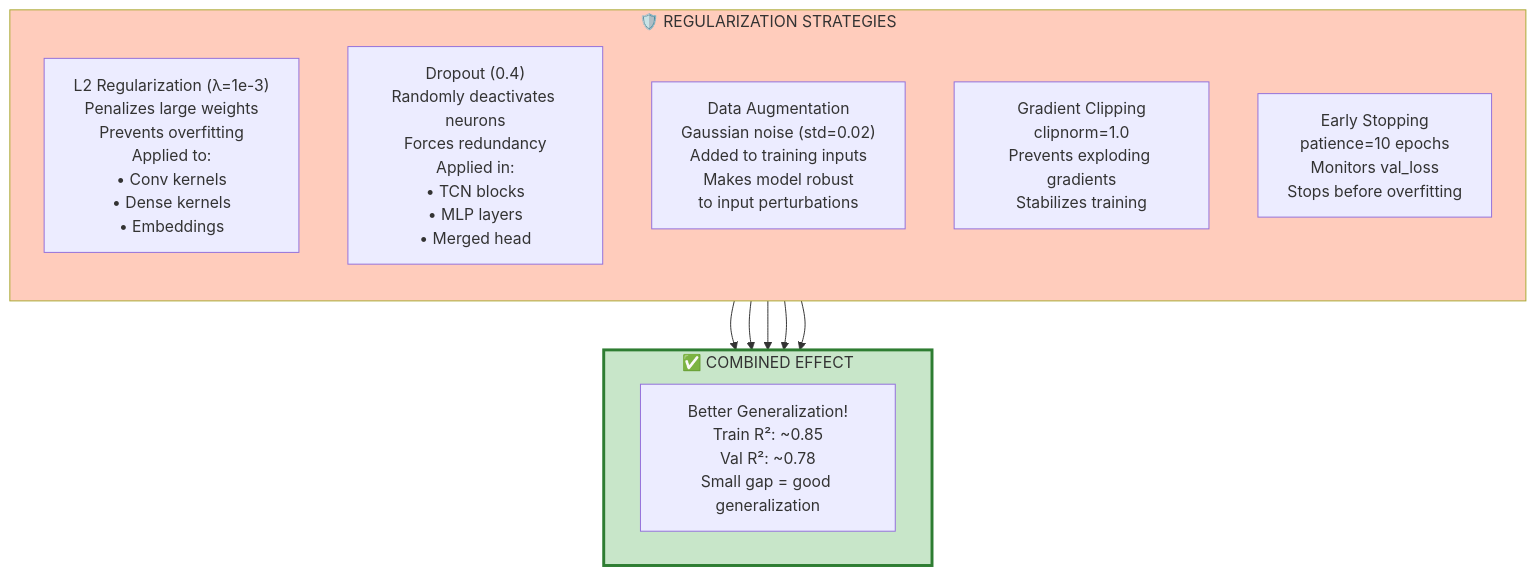
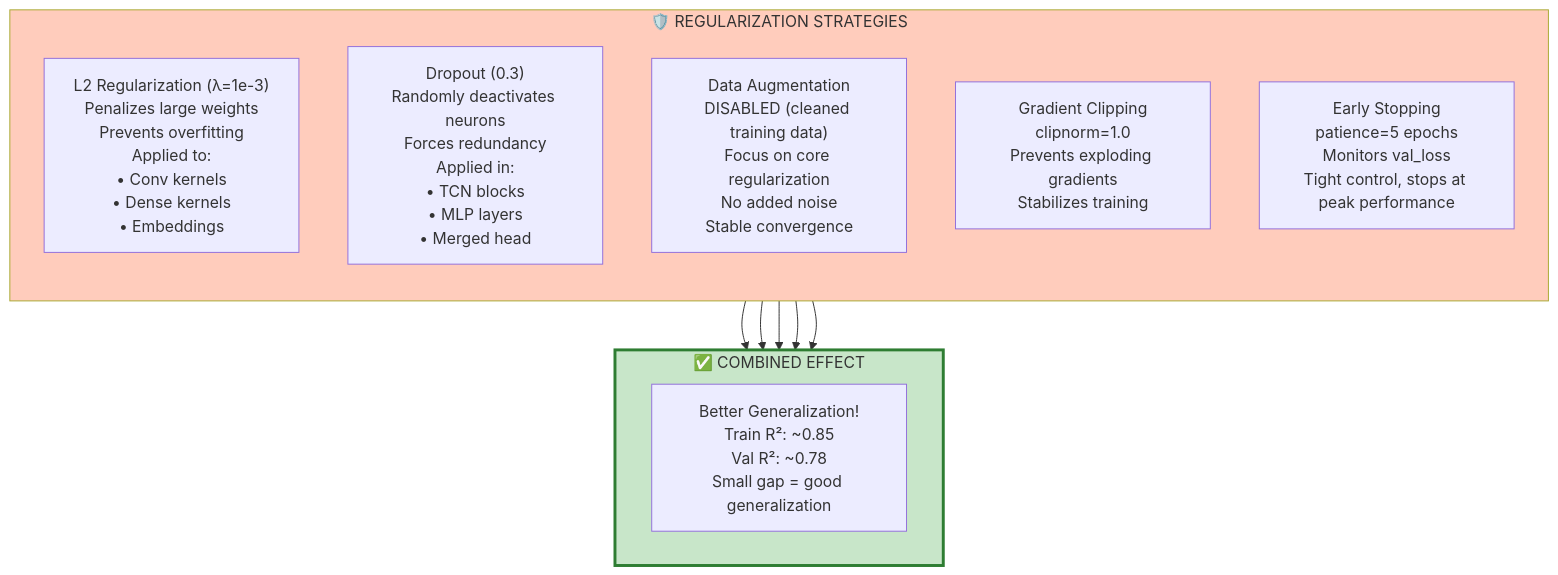
Before and after one commit to David-Ibitokun/Final-Year-Project: the eighth of 10 diagrams in docs/TCN_MLP_Diagram.md, drawn with Mermaid. The commit also changed other lines of this file and 4 other files, not shown here.

First line of the commit message:
TCN-MLP: Balanced regularization & notebooks

````diff
--- a/docs/TCN_MLP_Diagram.md
+++ b/docs/TCN_MLP_Diagram.md
@@ -370,29 +374,29 @@
 ```mermaid
 graph TD
     subgraph Reg["🛡️ REGULARIZATION STRATEGIES"]
         direction TB
         
         L2["L2 Regularization (λ=1e-3)<br/>Penalizes large weights<br/>Prevents overfitting<br/>Applied to:<br/>• Conv kernels<br/>• Dense kernels<br/>• Embeddings"]
         
-        Dropout["Dropout (0.4)<br/>Randomly deactivates neurons<br/>Forces redundancy<br/>Applied in:<br/>• TCN blocks<br/>• MLP layers<br/>• Merged head"]
+        Dropout["Dropout (0.3)<br/>Randomly deactivates neurons<br/>Forces redundancy<br/>Applied in:<br/>• TCN blocks<br/>• MLP layers<br/>• Merged head"]
         
-        Aug["Data Augmentation<br/>Gaussian noise (std=0.02)<br/>Added to training inputs<br/>Makes model robust<br/>to input perturbations"]
+        Aug["Data Augmentation<br/>DISABLED (cleaned training data)<br/>Focus on core regularization<br/>No added noise<br/>Stable convergence"]
         
         GradClip["Gradient Clipping<br/>clipnorm=1.0<br/>Prevents exploding gradients<br/>Stabilizes training"]
         
-        EarlyStopping["Early Stopping<br/>patience=10 epochs<br/>Monitors val_loss<br/>Stops before overfitting"]
+        EarlyStopping["Early Stopping<br/>patience=5 epochs<br/>Monitors val_loss<br/>Tight control, stops at peak performance"]
     end
 
     subgraph Effect["✅ COMBINED EFFECT"]
         Better["Better Generalization!<br/>Train R²: ~0.85<br/>Val R²: ~0.78<br/>Small gap = good generalization"]
     end
 
     L2 --> Effect
     Dropout --> Effect
     Aug --> Effect
     GradClip --> Effect
     EarlyStopping --> Effect
 
     style Reg fill:#ffccbc
     style Effect fill:#c8e6c9,stroke:#2e7d32,stroke-width:3px
 ```
````
